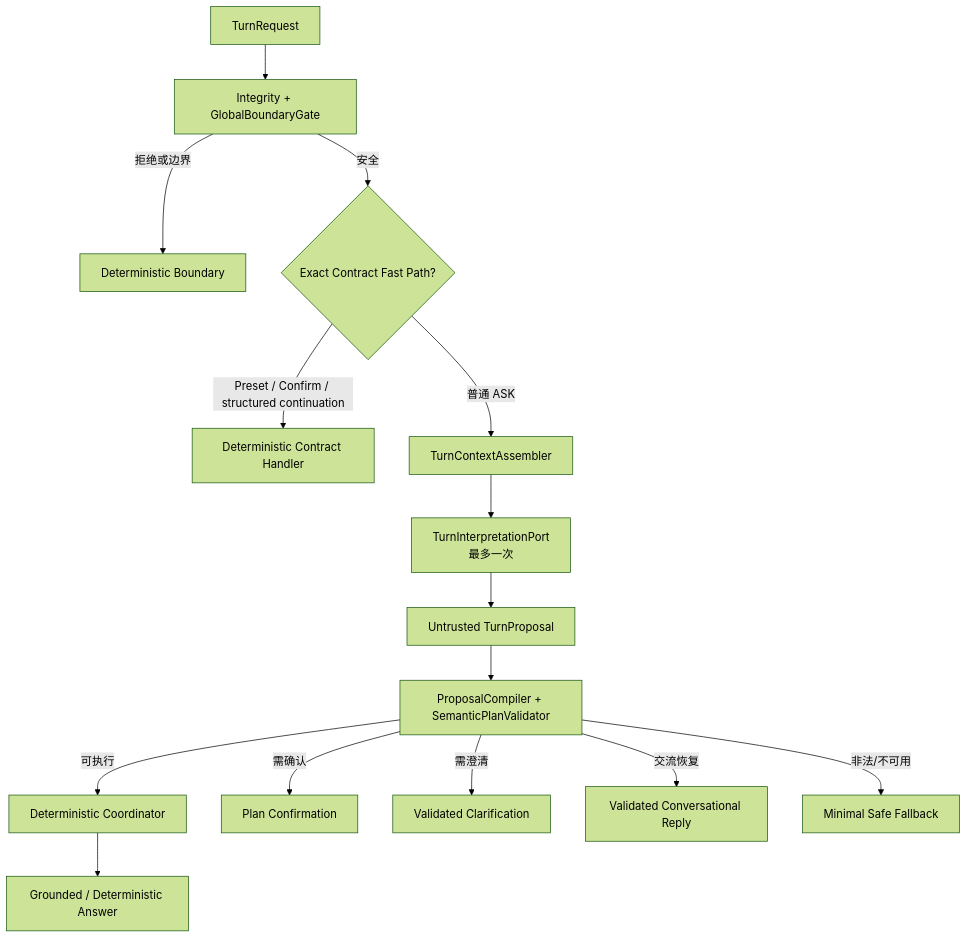
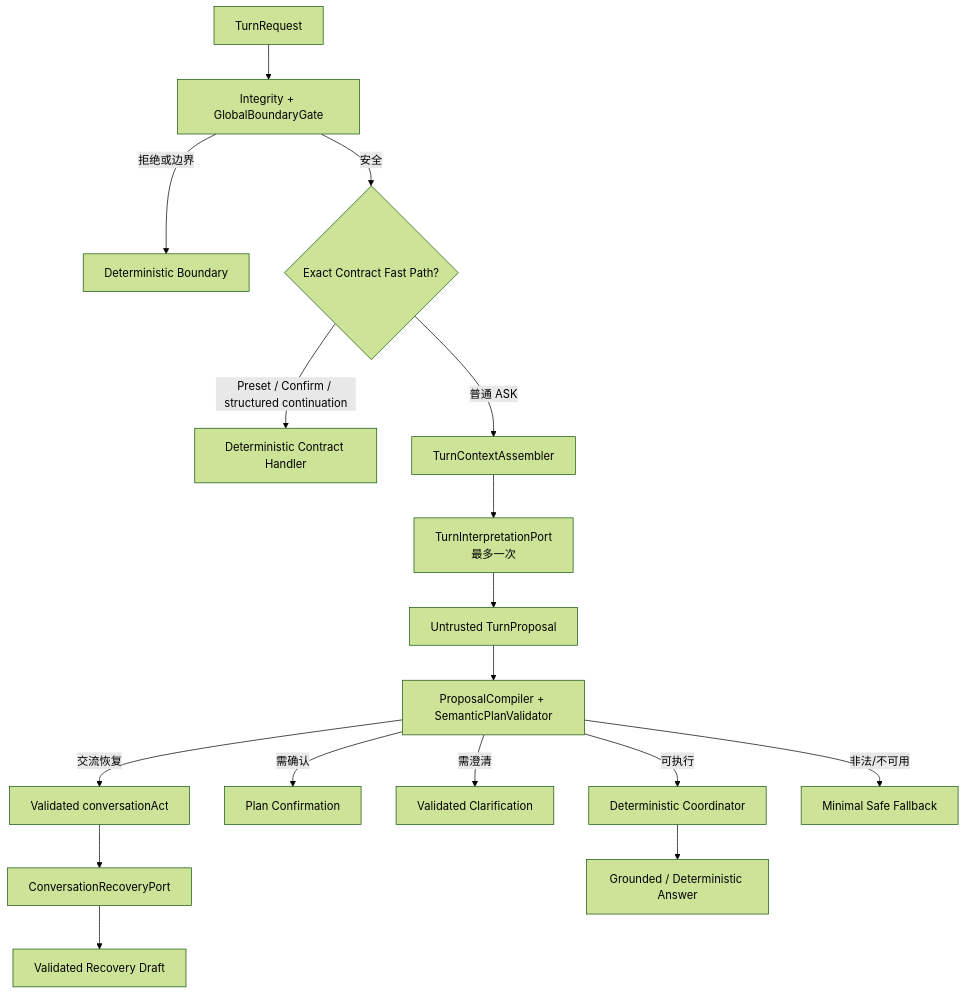
One commit to creeper521/portfolio-agent changed the diagram in docs/superpowers/specs/2026-08-16-model-led-agent-orchestration-design.md. Above: the diagram before and after it, drawn with Mermaid (forest theme). The commit also changed other lines of this file and 2 other files, not shown here.

````diff
--- a/docs/superpowers/specs/2026-08-16-model-led-agent-orchestration-design.md
+++ b/docs/superpowers/specs/2026-08-16-model-led-agent-orchestration-design.md
@@ -102,17 +103,19 @@
 ```mermaid
 flowchart TD
     I["TurnRequest"] --> G["Integrity + GlobalBoundaryGate"]
     G -->|"拒绝或边界"| B["Deterministic Boundary"]
     G -->|"安全"| F{"Exact Contract Fast Path?"}
     F -->|"Preset / Confirm / structured continuation"| X["Deterministic Contract Handler"]
     F -->|"普通 ASK"| C["TurnContextAssembler"]
     C --> M["TurnInterpretationPort\n最多一次"]
     M --> P["Untrusted TurnProposal"]
     P --> V["ProposalCompiler + SemanticPlanValidator"]
     V -->|"可执行"| E["Deterministic Coordinator"]
     V -->|"需确认"| Q["Plan Confirmation"]
     V -->|"需澄清"| L["Validated Clarification"]
-    V -->|"交流恢复"| R["Validated Conversational Reply"]
+    V -->|"交流恢复"| R["Validated conversationAct"]
+    R --> CR["ConversationRecoveryPort"]
+    CR --> CD["Validated Recovery Draft"]
     V -->|"非法/不可用"| D["Minimal Safe Fallback"]
     E --> A["Grounded / Deterministic Answer"]
 ```
````
